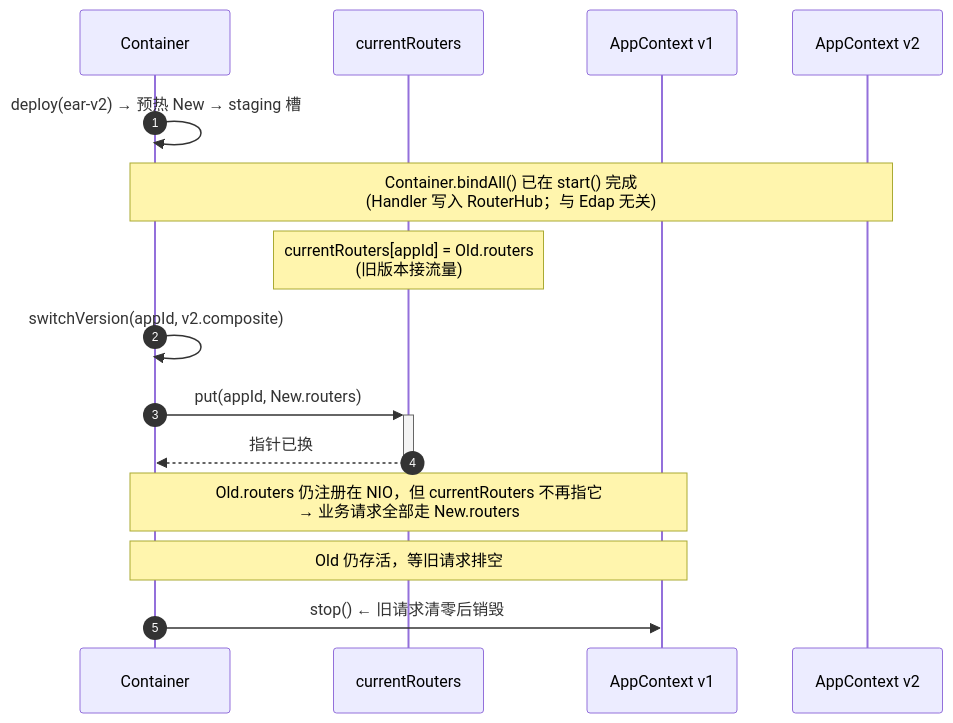
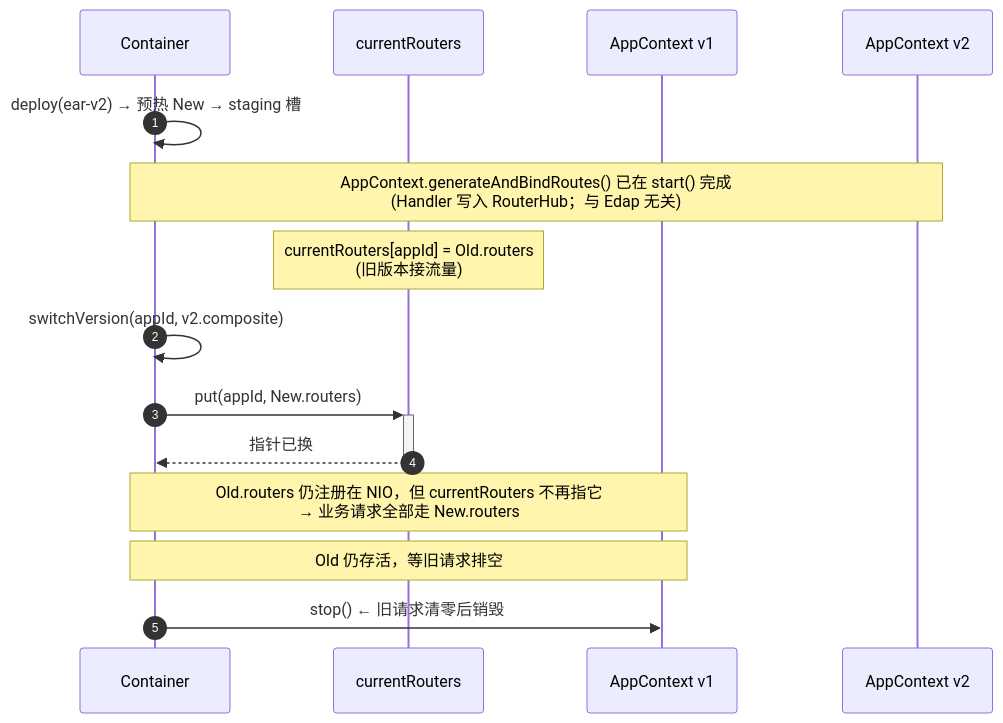
Before and after one commit to edap-io/edap: diagram 13 of 14 in doc/CONTAINER_APPCONTEXT_DESIGN.md, drawn with Mermaid. The commit also changed other lines of this file and 32 other files, not shown here.

````diff
--- a/doc/CONTAINER_APPCONTEXT_DESIGN.md
+++ b/doc/CONTAINER_APPCONTEXT_DESIGN.md
@@ -6226,18 +7458,18 @@
 ```mermaid
 sequenceDiagram
     autonumber
     participant C as Container
     participant CR as currentRouters
     participant Old as AppContext v1
     participant New as AppContext v2
 
     C->>C: deploy(ear-v2) → 预热 New → staging 槽
-    Note over C,New: Container.bindAll() 已在 start() 完成<br/>(Handler 写入 RouterHub；与 Edap 无关)
+    Note over C,New: AppContext.generateAndBindRoutes() 已在 start() 完成<br/>(Handler 写入 RouterHub；与 Edap 无关)
     Note over CR: currentRouters[appId] = Old.routers<br/>(旧版本接流量)
     C->>C: switchVersion(appId, v2.composite)
     C->>+CR: put(appId, New.routers)
     CR-->>-C: 指针已换
     Note over C,Old: Old.routers 仍注册在 NIO，但 currentRouters 不再指它<br/>→ 业务请求全部走 New.routers
     Note over C,Old: Old 仍存活，等旧请求排空
     C->>Old: stop()         ← 旧请求清零后销毁
 ```
````
